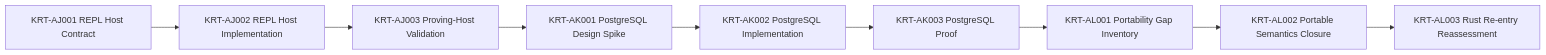
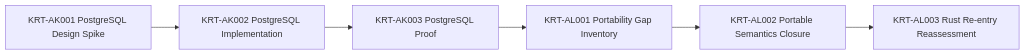
Before and after one commit to Tuvren/runtime: the diagram in constitution/Tasks.md, drawn with Mermaid. The commit also changed other lines of this file and 37 other files, not shown here.

First line of the commit message:
Close Epic AJ with a serious REPL proving host (#51)

````diff
--- a/constitution/Tasks.md
+++ b/constitution/Tasks.md
@@ -62,11 +64,8 @@
 ```mermaid
 flowchart LR
-  KRTAJ001[KRT-AJ001 REPL Host Contract] --> KRTAJ002[KRT-AJ002 REPL Host Implementation]
-  KRTAJ002 --> KRTAJ003[KRT-AJ003 Proving-Host Validation]
-  KRTAJ003 --> KRTAK001[KRT-AK001 PostgreSQL Design Spike]
-  KRTAK001 --> KRTAK002[KRT-AK002 PostgreSQL Implementation]
+  KRTAK001[KRT-AK001 PostgreSQL Design Spike] --> KRTAK002[KRT-AK002 PostgreSQL Implementation]
   KRTAK002 --> KRTAK003[KRT-AK003 PostgreSQL Proof]
   KRTAK003 --> KRTAL001[KRT-AL001 Portability Gap Inventory]
   KRTAL001 --> KRTAL002[KRT-AL002 Portable Semantics Closure]
   KRTAL002 --> KRTAL003[KRT-AL003 Rust Re-entry Reassessment]
 ```
````
